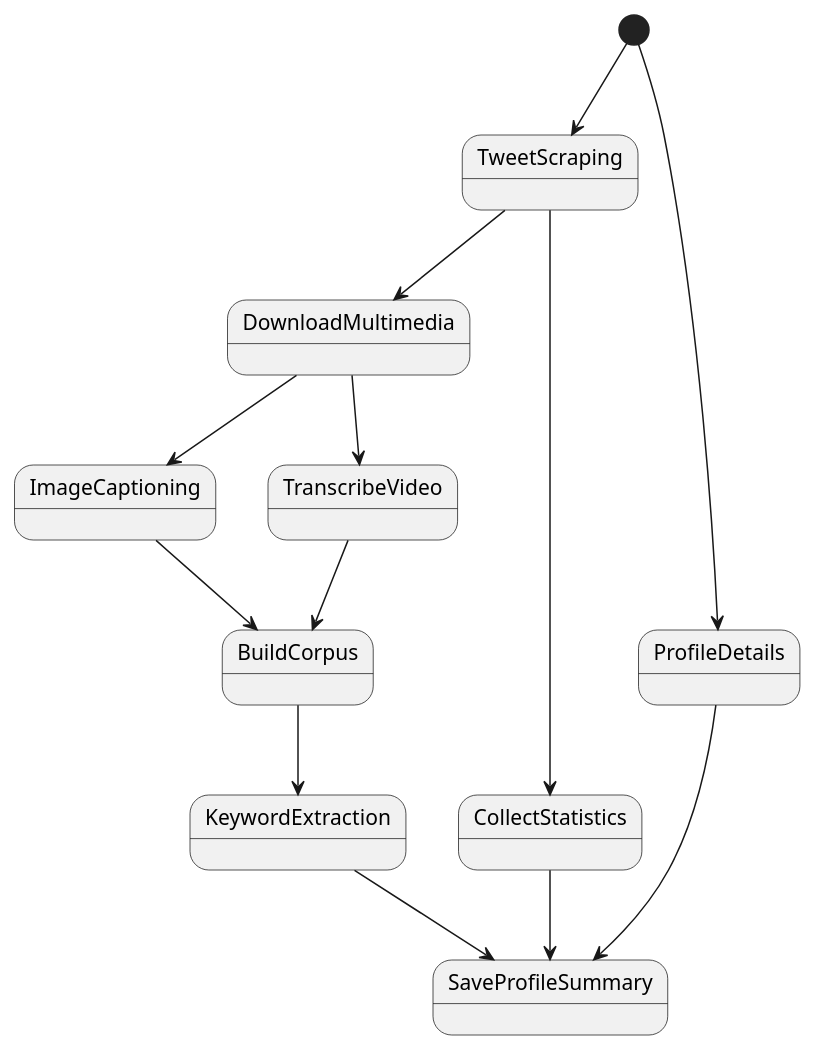
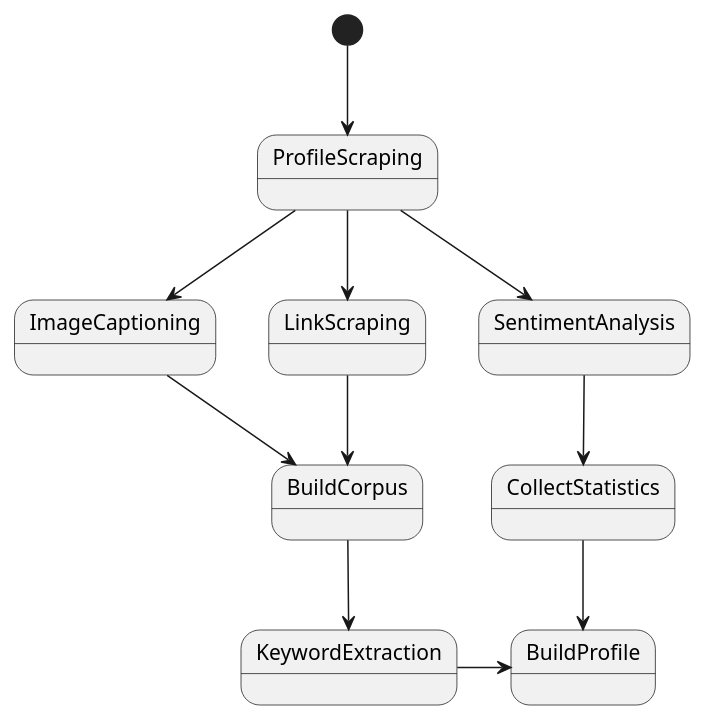
Before and after one commit to quimpm/twitter_profiling: the diagram in task_flux.puml, drawn with PlantUML. The commit also changed 29 other files, not shown here.

Commit message:
:sparkles: Added sqlite with sqlalchemy, refactored persistence in tasks and added adj link scraping task

```diff
--- a/task_flux.puml
+++ b/task_flux.puml
@@ -1,16 +1,14 @@
 @startuml
 
-[*] --> TweetScraping
-[*] --> ProfileDetails
-TweetScraping --> DownloadMultimedia
-DownloadMultimedia --> ImageCaptioning
-DownloadMultimedia --> TranscribeVideo
+[*] --> ProfileScraping
+ProfileScraping --> ImageCaptioning
+ProfileScraping --> SentimentAnalysis
+ProfileScraping --> LinkScraping
 ImageCaptioning --> BuildCorpus
-TranscribeVideo --> BuildCorpus
+SentimentAnalysis --> CollectStatistics
+LinkScraping --> BuildCorpus
 BuildCorpus --> KeywordExtraction
-TweetScraping --> CollectStatistics
-ProfileDetails --> SaveProfileSummary
-CollectStatistics --> SaveProfileSummary
-KeywordExtraction --> SaveProfileSummary
+KeywordExtraction -> BuildProfile
+CollectStatistics -> BuildProfile
 
 @enduml
```
